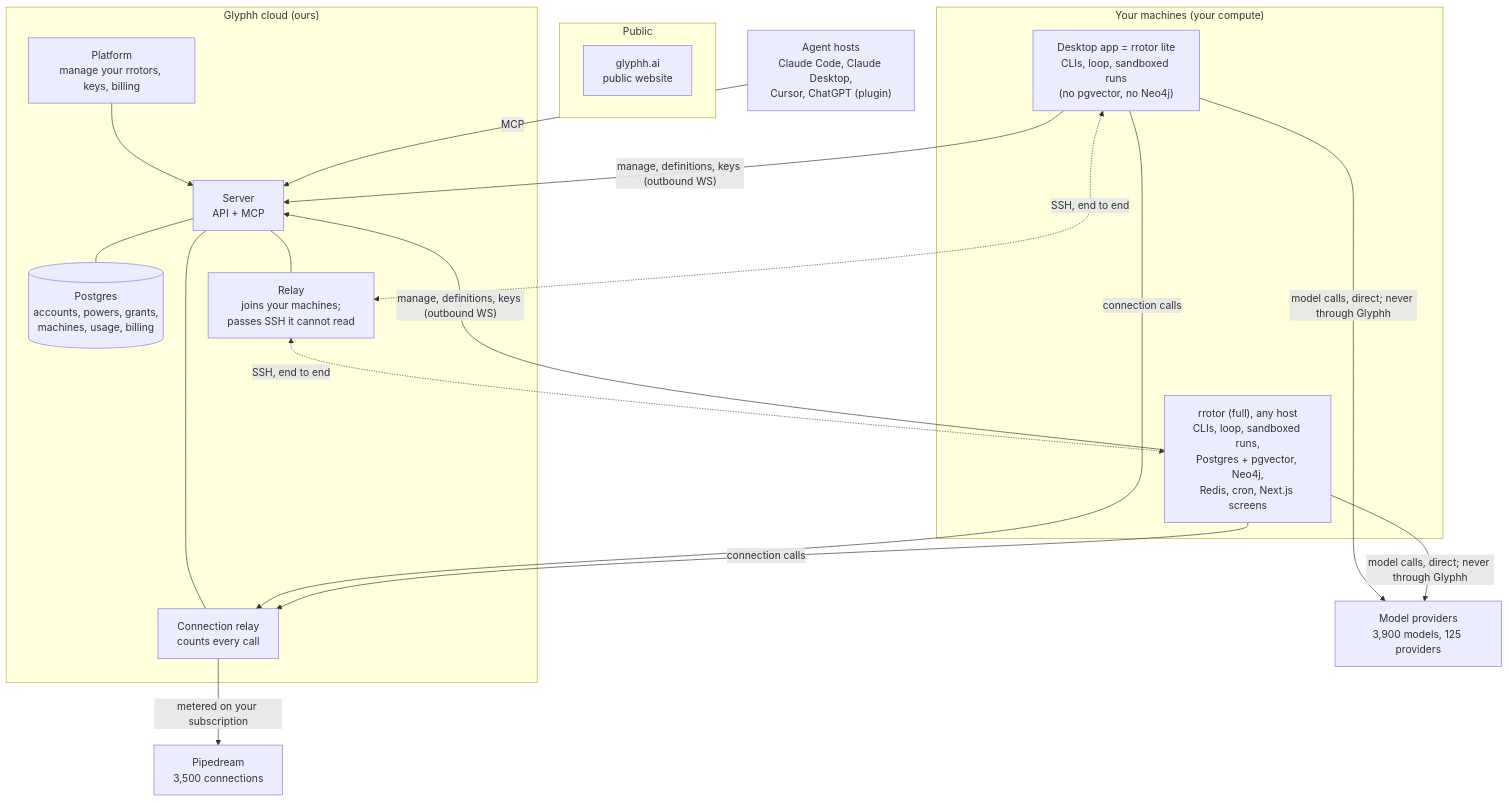
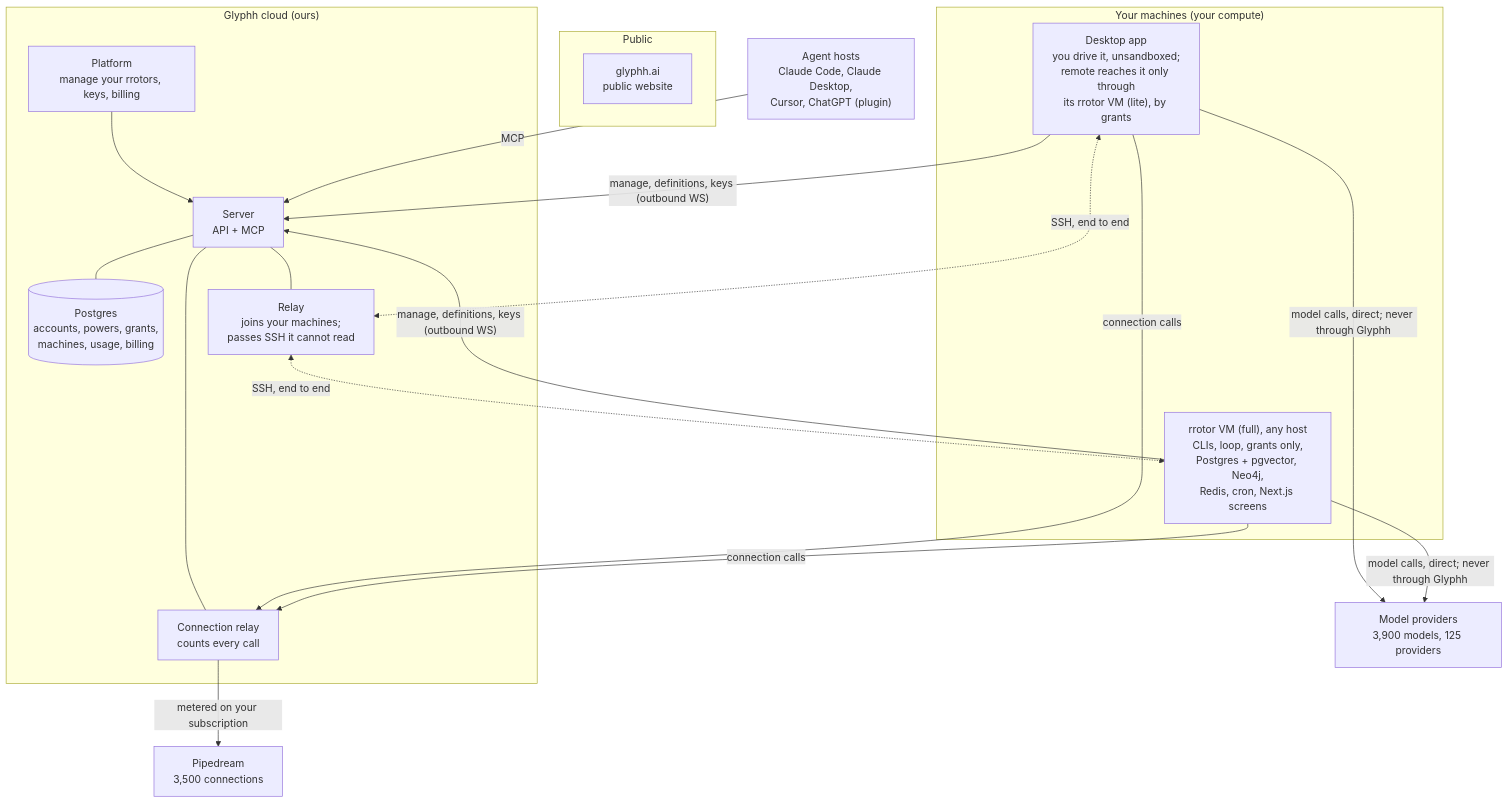
The diagram in docs/architecture.md (glyphh-ai/server), drawn with Mermaid before and after one commit. The commit also changed other lines of this file and 2 other files, not shown here.

Commit message:
Architecture: rrotor is a Linux VM; the app you drive runs unsandboxed; remote control reaches a desktop only through rrotor, by grants

````diff
--- a/docs/architecture.md
+++ b/docs/architecture.md
@@ -3,38 +3,38 @@
 ```mermaid
 flowchart TB
     subgraph Public["Public"]
         Site["glyphh.ai<br/>public website"]
     end
 
     subgraph Cloud["Glyphh cloud (ours)"]
         Platform["Platform<br/>manage your rrotors, keys, billing"]
         Server["Server<br/>API + MCP"]
         DB[("Postgres<br/>accounts, powers, grants,<br/>machines, usage, billing")]
         Relay["Relay<br/>joins your machines;<br/>passes SSH it cannot read"]
         ConnRelay["Connection relay<br/>counts every call"]
         Platform --> Server
         Server --- DB
         Server --- Relay
         Server --- ConnRelay
     end
 
     subgraph Yours["Your machines (your compute)"]
-        Desktop["Desktop app = rrotor lite<br/>CLIs, loop, sandboxed runs<br/>(no pgvector, no Neo4j)"]
-        Remote["rrotor (full), any host<br/>CLIs, loop, sandboxed runs,<br/>Postgres + pgvector, Neo4j,<br/>Redis, cron, Next.js screens"]
+        Desktop["Desktop app<br/>you drive it, unsandboxed;<br/>remote reaches it only through<br/>its rrotor VM (lite), by grants"]
+        Remote["rrotor VM (full), any host<br/>CLIs, loop, grants only,<br/>Postgres + pgvector, Neo4j,<br/>Redis, cron, Next.js screens"]
     end
 
     Agents["Agent hosts<br/>Claude Code, Claude Desktop,<br/>Cursor, ChatGPT (plugin)"]
     Providers["Model providers<br/>3,900 models, 125 providers"]
     Pipedream["Pipedream<br/>3,500 connections"]
 
     Desktop -- "manage, definitions, keys (outbound WS)" --> Server
     Remote -- "manage, definitions, keys (outbound WS)" --> Server
     Desktop <-. "SSH, end to end" .-> Relay
     Relay <-. "SSH, end to end" .-> Remote
     Desktop -- "model calls, direct; never through Glyphh" --> Providers
     Remote -- "model calls, direct; never through Glyphh" --> Providers
     Desktop -- "connection calls" --> ConnRelay
     Remote -- "connection calls" --> ConnRelay
     ConnRelay -- "metered on your subscription" --> Pipedream
     Agents -- "MCP" --> Server
 ```
````
